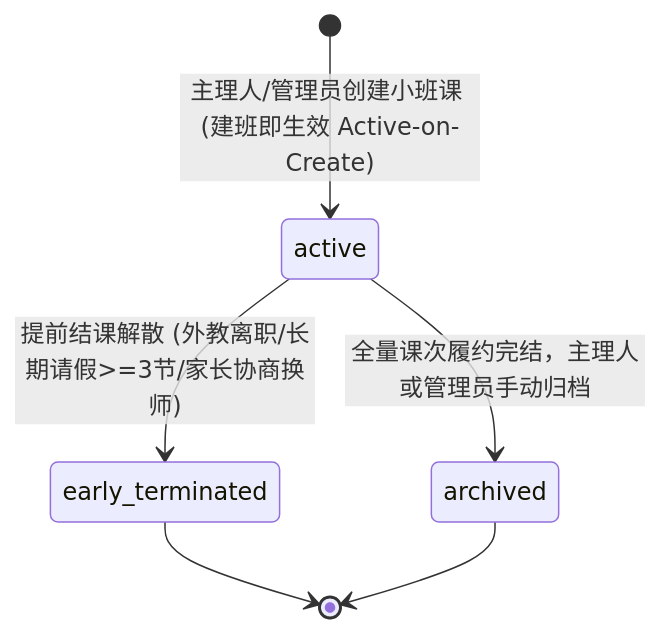
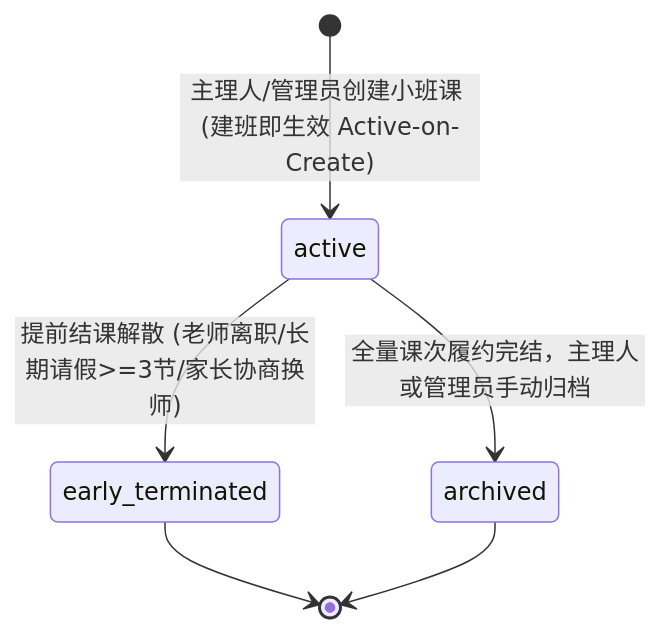
Before and after one commit to Onezao/dream: the second of 2 diagrams in docs/prd/m1c_classes.md, drawn with Mermaid. The commit also changed other lines of this file and 37 other files, not shown here.

````diff
--- a/docs/prd/m1c_classes.md
+++ b/docs/prd/m1c_classes.md
@@ -86,10 +80,10 @@
 ```mermaid
 stateDiagram-v2
     [*] --> active: 主理人/管理员创建小班课 (建班即生效 Active-on-Create)
     
-    active --> early_terminated: 提前结课解散 (外教离职/长期请假>=3节/家长协商换师)
+    active --> early_terminated: 提前结课解散 (老师离职/长期请假>=3节/家长协商换师)
     active --> archived: 全量课次履约完结，主理人或管理员手动归档
     
     early_terminated --> [*]
     archived --> [*]
 ```
````
